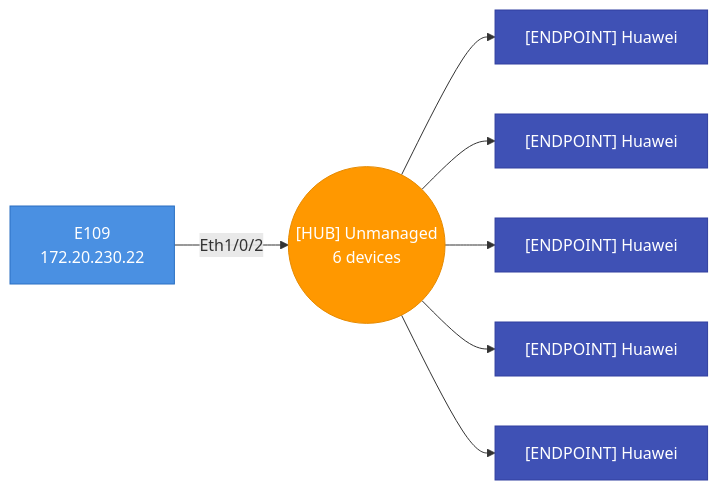
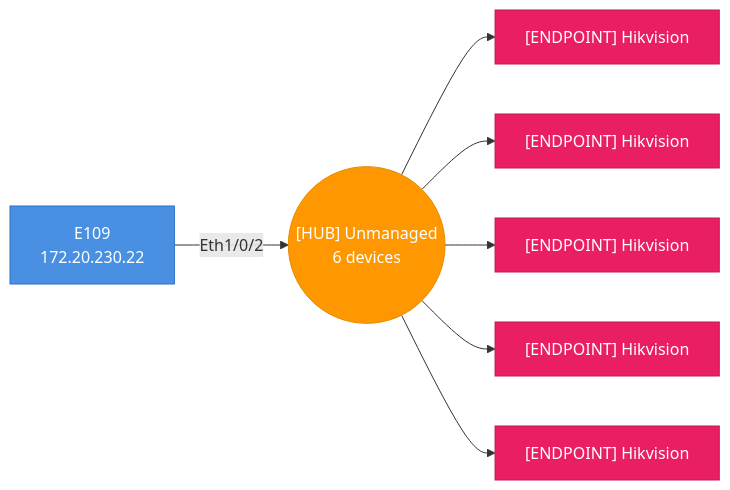
Before and after one commit to djamic/LLDP-Skanner-Go: diagram 20 of 38 in testdata/golden/audit_default.md, drawn with Mermaid. The commit also changed other lines of this file and 11 other files, not shown here.

````diff
--- a/testdata/golden/audit_default.md
+++ b/testdata/golden/audit_default.md
@@ -1788,23 +1728,23 @@
 ```mermaid
 graph LR
   hub_f8f0827ad969_p2(("[HUB] Unmanaged<br>6 devices"))
   f8f0827ad969["E109<br>172.20.230.22"]
   f8f0827ad969-- "Eth1/0/2" -->hub_f8f0827ad969_p2
   style f8f0827ad969 fill:#4A90E2,stroke:#2A6FC2,color:#fff
-  bc9b5e37bf12["[ENDPOINT] Huawei"]
+  bc9b5e37bf12["[ENDPOINT] Hikvision"]
   hub_f8f0827ad969_p2-->bc9b5e37bf12
-  style bc9b5e37bf12 fill:#3F51B5,stroke:#303F9F,color:#fff
-  bc9b5e37bf14["[ENDPOINT] Huawei"]
+  style bc9b5e37bf12 fill:#E91E63,stroke:#C2185B,color:#fff
+  bc9b5e37bf14["[ENDPOINT] Hikvision"]
   hub_f8f0827ad969_p2-->bc9b5e37bf14
-  style bc9b5e37bf14 fill:#3F51B5,stroke:#303F9F,color:#fff
-  bc9b5e37bf21["[ENDPOINT] Huawei"]
+  style bc9b5e37bf14 fill:#E91E63,stroke:#C2185B,color:#fff
+  bc9b5e37bf21["[ENDPOINT] Hikvision"]
   hub_f8f0827ad969_p2-->bc9b5e37bf21
-  style bc9b5e37bf21 fill:#3F51B5,stroke:#303F9F,color:#fff
-  bc9b5e37bf24["[ENDPOINT] Huawei"]
+  style bc9b5e37bf21 fill:#E91E63,stroke:#C2185B,color:#fff
+  bc9b5e37bf24["[ENDPOINT] Hikvision"]
   hub_f8f0827ad969_p2-->bc9b5e37bf24
-  style bc9b5e37bf24 fill:#3F51B5,stroke:#303F9F,color:#fff
-  bc9b5e37bf35["[ENDPOINT] Huawei"]
+  style bc9b5e37bf24 fill:#E91E63,stroke:#C2185B,color:#fff
+  bc9b5e37bf35["[ENDPOINT] Hikvision"]
   hub_f8f0827ad969_p2-->bc9b5e37bf35
-  style bc9b5e37bf35 fill:#3F51B5,stroke:#303F9F,color:#fff
+  style bc9b5e37bf35 fill:#E91E63,stroke:#C2185B,color:#fff
   style hub_f8f0827ad969_p2 fill:#FF9800,stroke:#E68A00,color:#fff
 ```
````
